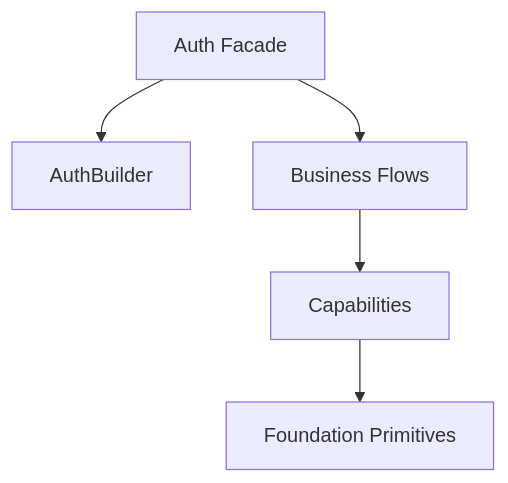
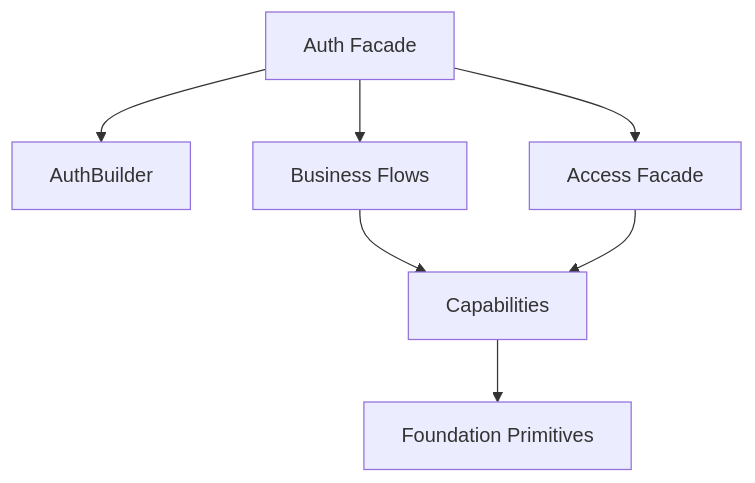
The diagram in Foundation/Auth/docs/architecture.md (shomsy/avax), drawn with Mermaid before and after one commit. The commit also changed other lines of this file and 15 other files, not shown here.

Commit message:
Add access facade and align auth boundaries

````diff
--- a/Foundation/Auth/docs/architecture.md
+++ b/Foundation/Auth/docs/architecture.md
@@ -43,7 +43,9 @@
 ```mermaid
 graph TD
     Facade[Auth Facade] --> Builder[AuthBuilder]
     Facade --> Flows[Business Flows]
+    Facade --> Access[Access Facade]
     Flows --> Capabilities[Capabilities]
+    Access --> Capabilities
     Capabilities --> Foundation[Foundation Primitives]
 ```
````
